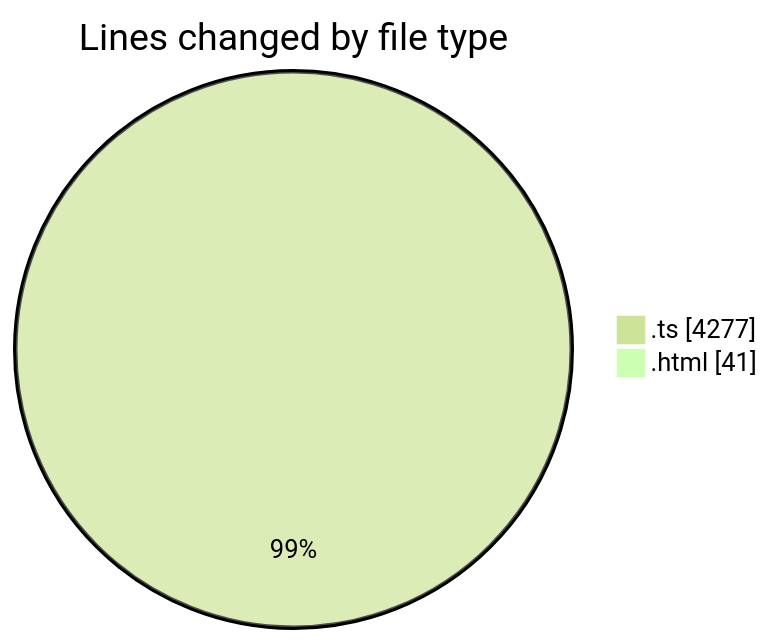
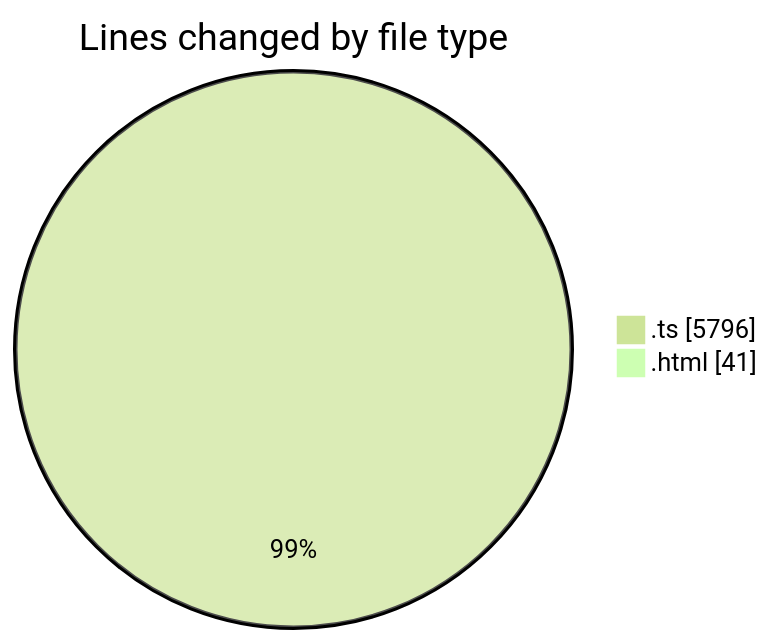
Before and after one commit to tmsrecording-cyber/code-tracking: the first of 2 diagrams in 2026-02-08/singularitybrainai/README.md, drawn with Mermaid (forest theme). The commit also changed other lines of this file and 1 other file, not shown here.

````diff
--- a/2026-02-08/singularitybrainai/README.md
+++ b/2026-02-08/singularitybrainai/README.md
@@ -26,6 +27,6 @@
 ```mermaid
 pie showData
 title Lines changed by file type
-".ts" : 4277
+".ts" : 5796
 ".html" : 41
 ```
````
